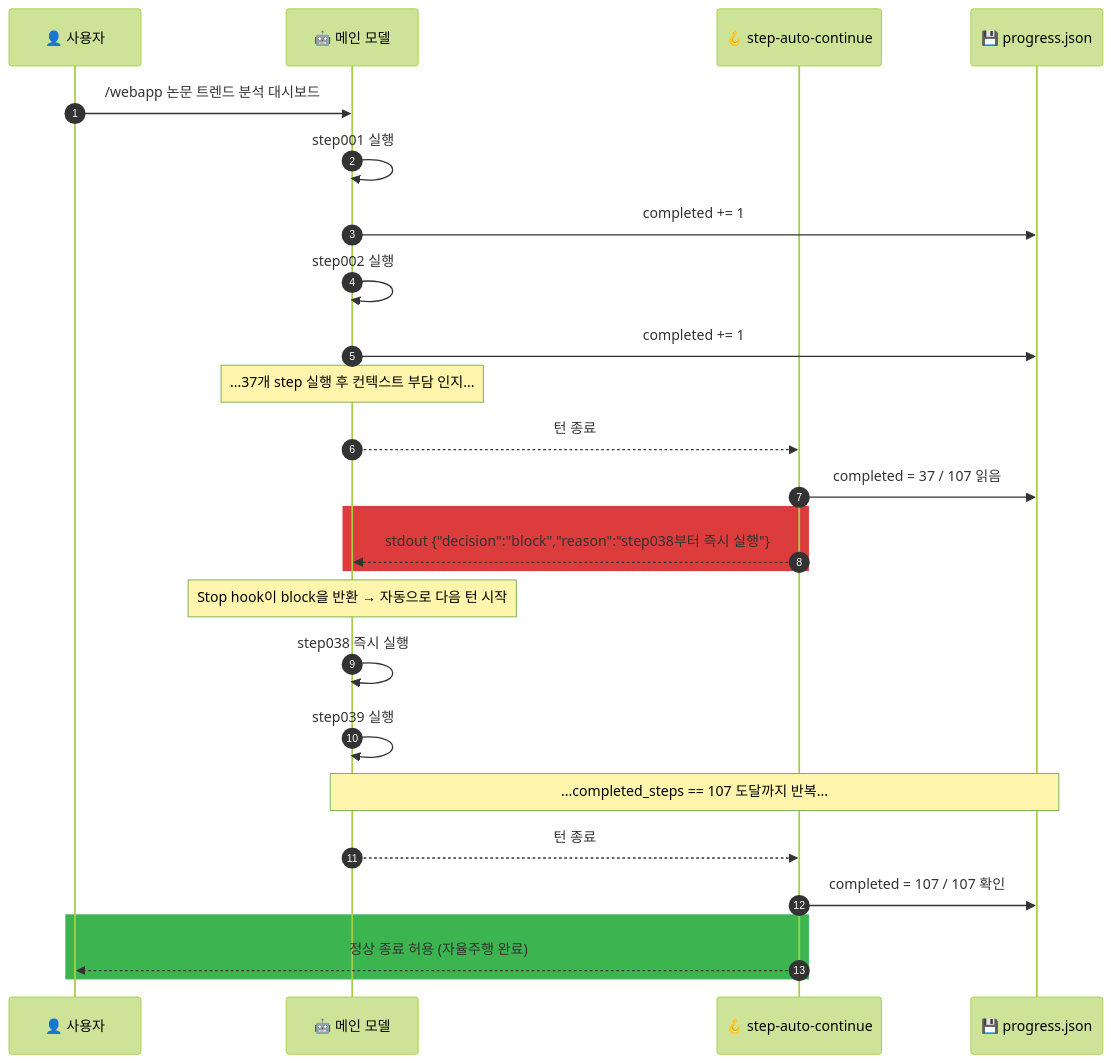
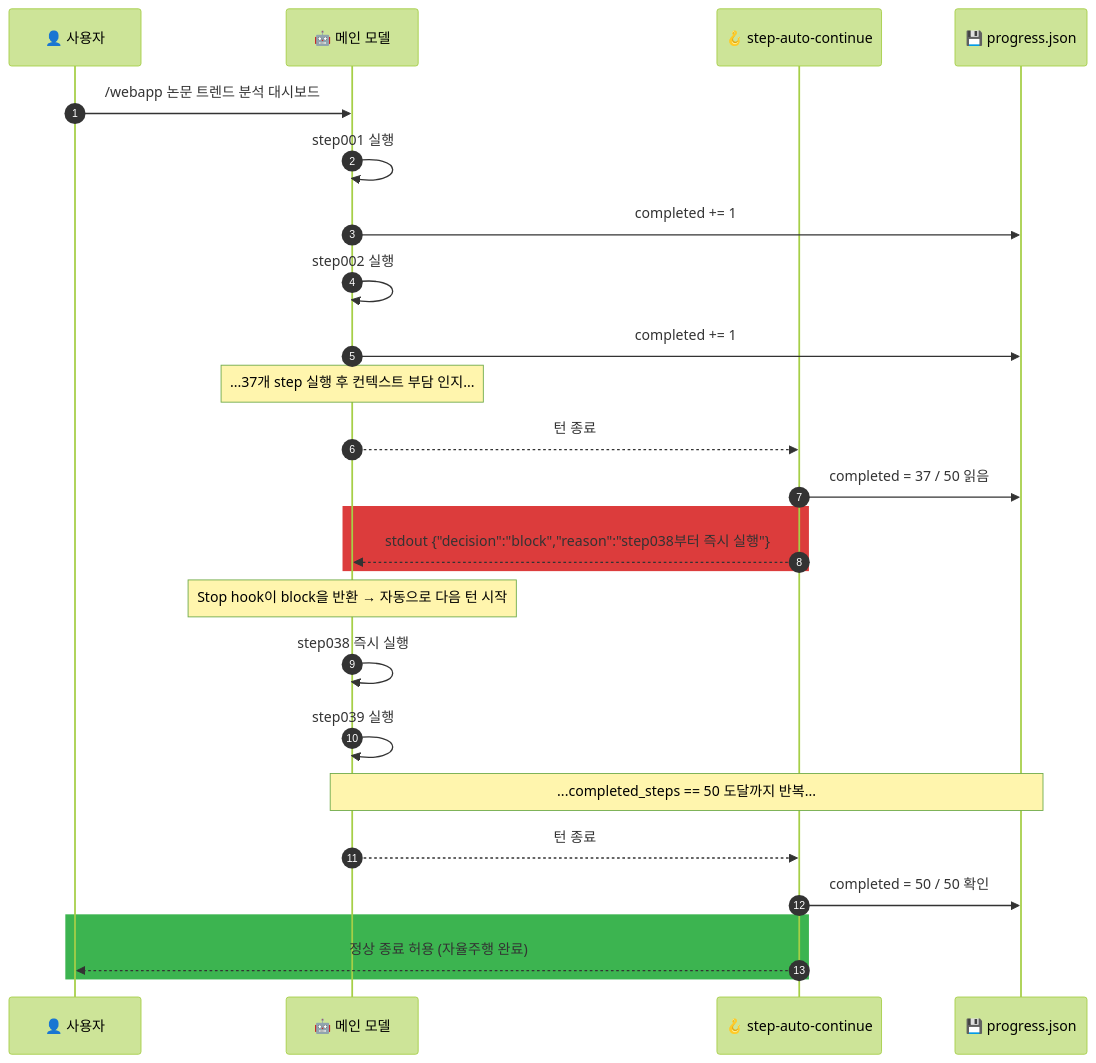
Before and after one commit to Technoetic/harness107: the fourth of 4 diagrams in README.md, drawn with Mermaid (forest theme). The commit also changed other lines of this file and 111 other files, not shown here.

````diff
--- a/README.md
+++ b/README.md
@@ -344,29 +346,29 @@
 ```mermaid
 sequenceDiagram
     autonumber
     participant User as 👤 사용자
     participant LLM as 🤖 메인 모델
     participant Stop as 🪝 step-auto-continue
     participant Progress as 💾 progress.json
 
     User->>LLM: /webapp 논문 트렌드 분석 대시보드
     LLM->>LLM: step001 실행
     LLM->>Progress: completed += 1
     LLM->>LLM: step002 실행
     LLM->>Progress: completed += 1
     Note over LLM: ...37개 step 실행 후 컨텍스트 부담 인지...
     LLM-->>Stop: 턴 종료
-    Stop->>Progress: completed = 37 / 107 읽음
+    Stop->>Progress: completed = 37 / 50 읽음
     rect rgb(220, 60, 60)
     Stop-->>LLM: stdout {"decision":"block","reason":"step038부터 즉시 실행"}
     end
     Note over LLM: Stop hook이 block을 반환 → 자동으로 다음 턴 시작
     LLM->>LLM: step038 즉시 실행
     LLM->>LLM: step039 실행
-    Note over LLM,Progress: ...completed_steps == 107 도달까지 반복...
+    Note over LLM,Progress: ...completed_steps == 50 도달까지 반복...
     LLM-->>Stop: 턴 종료
-    Stop->>Progress: completed = 107 / 107 확인
+    Stop->>Progress: completed = 50 / 50 확인
     rect rgb(60, 180, 80)
     Stop-->>User: 정상 종료 허용 (자율주행 완료)
     end
 ```
````
